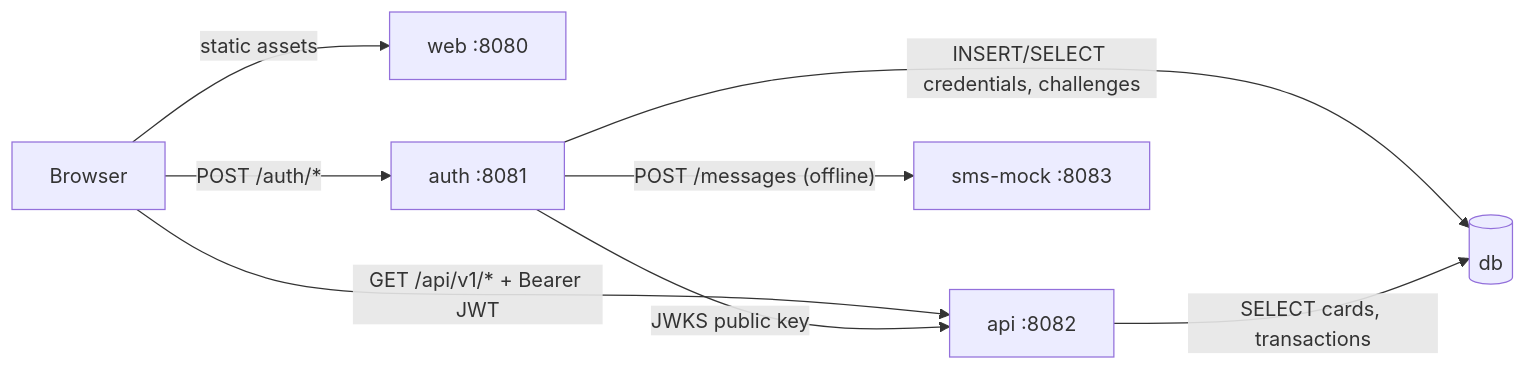
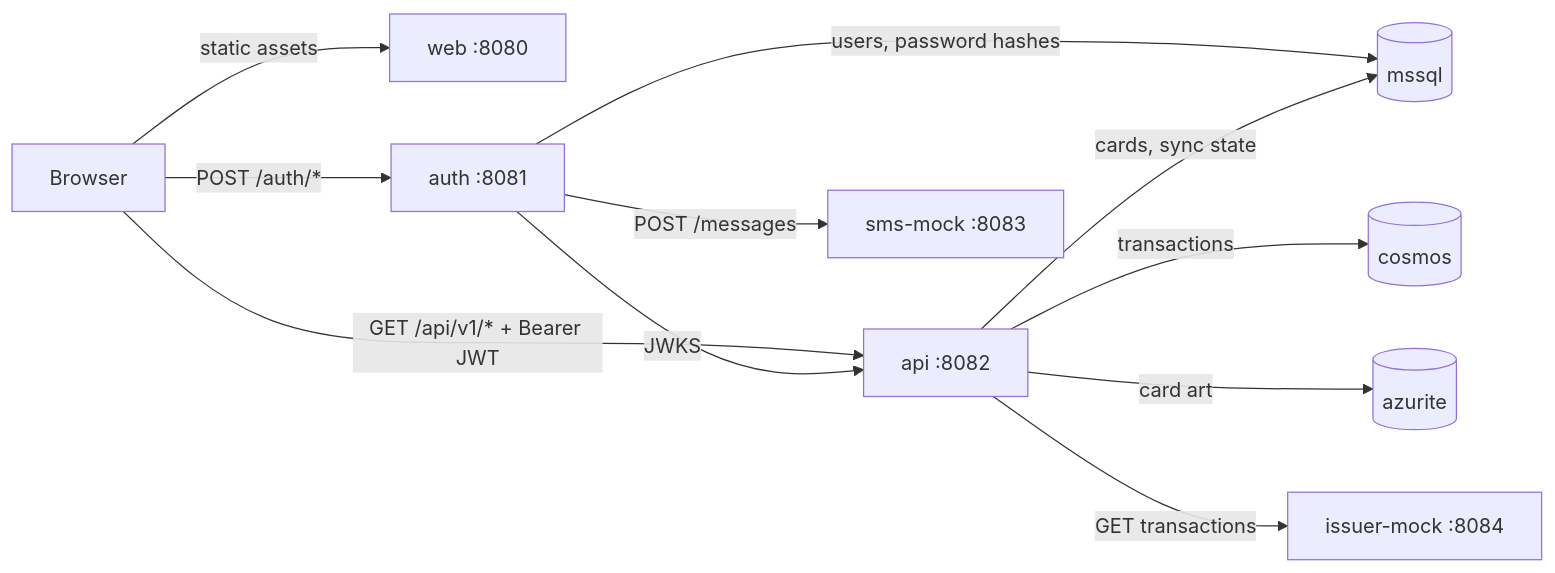
One commit to jiaqing123/sme-demo changed the first of 2 diagrams in docs/requirements.md. Above: the diagram before and after it, drawn with Mermaid. The commit also changed other lines of this file and 1 other file, not shown here.

Commit message:
Update architecture to v0.2: ASP.NET Core, three-tier layering, MSSQL/Cosmos/Azurite

````diff
--- a/docs/requirements.md
+++ b/docs/requirements.md
@@ -71,10 +74,13 @@
 ```mermaid
 flowchart LR
     B[Browser] -->|static assets| W[web :8080]
     B -->|"POST /auth/*"| A[auth :8081]
     B -->|"GET /api/v1/* + Bearer JWT"| P[api :8082]
-    A -->|"INSERT/SELECT credentials, challenges"| D[(db)]
-    P -->|"SELECT cards, transactions"| D
-    A -->|"JWKS public key"| P
-    A -->|"POST /messages (offline)"| S[sms-mock :8083]
+    A -->|"users, password hashes"| M[(mssql)]
+    P -->|"cards, sync state"| M
+    P -->|"transactions"| C[(cosmos)]
+    P -->|"card art"| Z[(azurite)]
+    P -->|"GET transactions"| I[issuer-mock :8084]
+    A -->|"JWKS"| P
+    A -->|"POST /messages"| S[sms-mock :8083]
 ```
````
